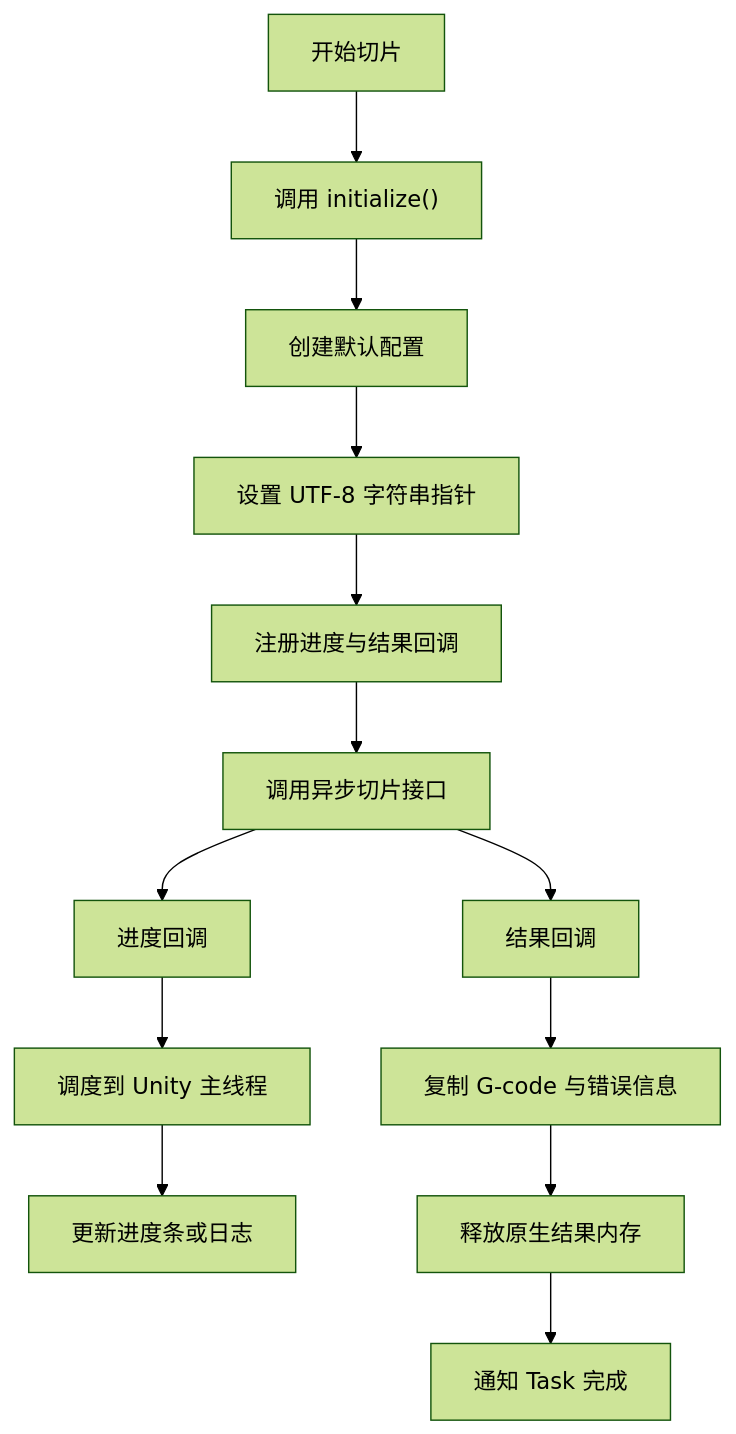
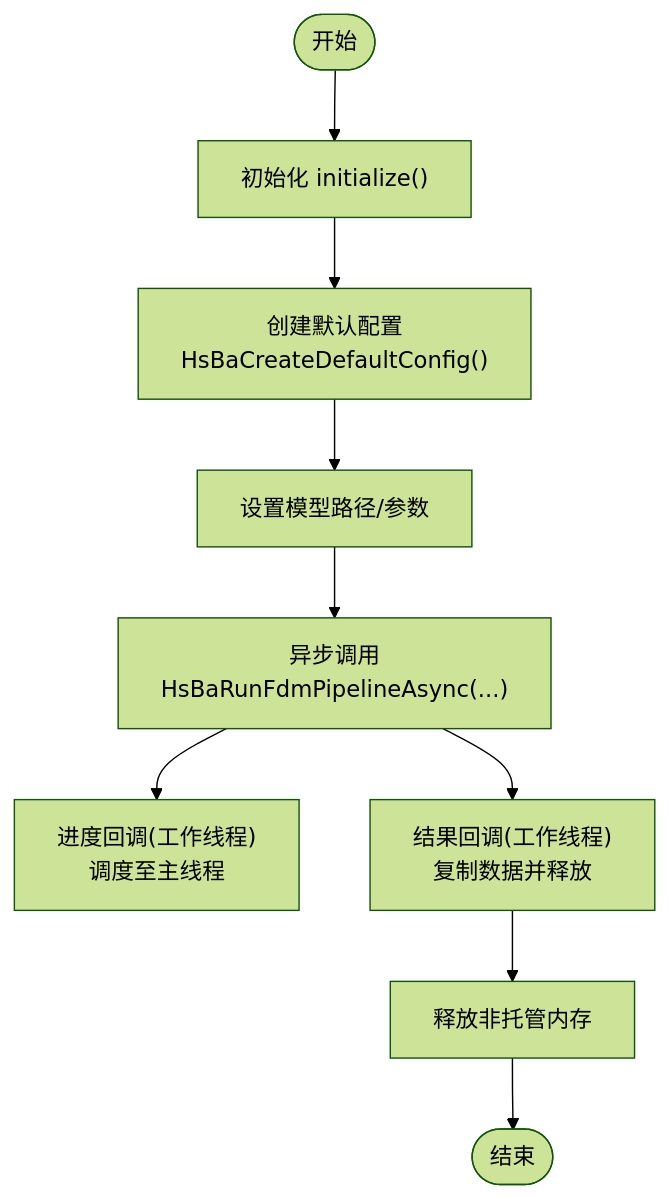
One commit to hsmbanlance/HsBaSlicer changed the third of 5 diagrams in .qoder/repowiki/zh/content/集成指南/游戏引擎集成/游戏引擎集成.md. Above: the diagram before and after it, drawn with Mermaid (forest theme). The commit also changed other lines of this file and 1135 other files, not shown here.

````diff
--- a/.qoder/repowiki/zh/content/集成指南/游戏引擎集成/游戏引擎集成.md
+++ b/.qoder/repowiki/zh/content/集成指南/游戏引擎集成/游戏引擎集成.md
@@ -220,15 +144,11 @@
 ```mermaid
 flowchart TD
-Start["开始切片"] --> Init["调用 initialize()"]
-Init --> CreateCfg["创建默认配置"]
-CreateCfg --> SetStrings["设置 UTF-8 字符串指针"]
-SetStrings --> RegisterCallbacks["注册进度与结果回调"]
-RegisterCallbacks --> RunAsync["调用异步切片接口"]
-RunAsync --> Progress["进度回调"]
-Progress --> MainThread["调度到 Unity 主线程"]
-MainThread --> UpdateUI["更新进度条或日志"]
-RunAsync --> Result["结果回调"]
-Result --> CopyData["复制 G-code 与错误信息"]
-CopyData --> FreeNative["释放原生结果内存"]
-FreeNative --> Complete["通知 Task 完成"]
+Start(["开始"]) --> Init["初始化 initialize()"]
+Init --> CreateCfg["创建默认配置<br/>HsBaCreateDefaultConfig()"]
+CreateCfg --> SetFields["设置模型路径/参数"]
+SetFields --> AsyncCall["异步调用<br/>HsBaRunFdmPipelineAsync(...)"]
+AsyncCall --> ProgressCb["进度回调(工作线程)<br/>调度至主线程"]
+AsyncCall --> ResultCb["结果回调(工作线程)<br/>复制数据并释放"]
+ResultCb --> FreeMem["释放非托管内存"]
+FreeMem --> End(["结束"])
 ```
````
